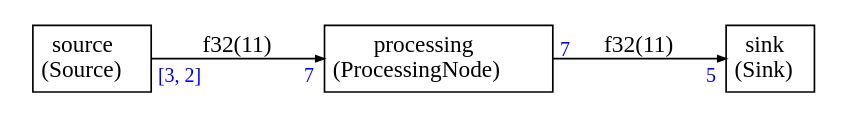
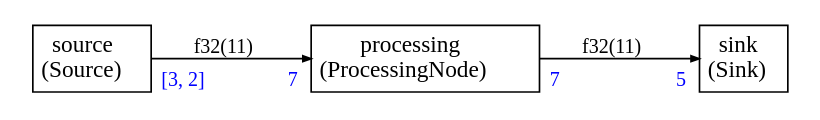
Before and after one commit to ARM-software/CMSIS-Stream: the diagram in Examples/cyclo/cyclo.dot, drawn with Graphviz. The commit also changed 200 other files, not shown here.

First line of the commit message:
Preliminary work on graph styling

```diff
--- a/Examples/cyclo/cyclo.dot
+++ b/Examples/cyclo/cyclo.dot
@@ -1,48 +1,48 @@
 
 
 
 
 digraph structs {
-    node [shape=plaintext]
+    bgcolor = "white"
+    node [shape=plaintext,color="black",fontcolor="black",fontname="Times-Roman"]
     rankdir=LR
-    edge [arrowsize=0.5]
-    fontname="times"
+    edge [arrowsize="0.5",color="black",fontcolor="black",fontname="Times-Roman"]
 
 
 processing [label=<
-<TABLE BORDER="0" CELLBORDER="1" CELLSPACING="0" CELLPADDING="4">
+<TABLE color="black" bgcolor="none" BORDER="0" CELLBORDER="1" CELLSPACING="0" CELLPADDING="4">
   <TR>
-    <TD ALIGN="CENTER" PORT="i">processing<BR/>(ProcessingNode)</TD>
+    <TD ALIGN="CENTER" PORT="i"><FONT COLOR="black" POINT-SIZE="14.0">processing<BR/>(ProcessingNode)</FONT></TD>
   </TR>
 </TABLE>>];
 
 sink [label=<
-<TABLE BORDER="0" CELLBORDER="1" CELLSPACING="0" CELLPADDING="4">
+<TABLE color="black" bgcolor="none" BORDER="0" CELLBORDER="1" CELLSPACING="0" CELLPADDING="4">
   <TR>
-    <TD ALIGN="CENTER" PORT="i">sink<BR/>(Sink)</TD>
+    <TD ALIGN="CENTER" PORT="i"><FONT COLOR="black" POINT-SIZE="14.0">sink<BR/>(Sink)</FONT></TD>
   </TR>
 </TABLE>>];
 
 source [label=<
-<TABLE BORDER="0" CELLBORDER="1" CELLSPACING="0" CELLPADDING="4">
+<TABLE color="black" bgcolor="none" BORDER="0" CELLBORDER="1" CELLSPACING="0" CELLPADDING="4">
   <TR>
-    <TD ALIGN="CENTER" PORT="i">source<BR/>(Source)</TD>
+    <TD ALIGN="CENTER" PORT="i"><FONT COLOR="black" POINT-SIZE="14.0">source<BR/>(Source)</FONT></TD>
   </TR>
 </TABLE>>];
 
 
 
-source:i -> processing:i [label="f32(11)"
-,headlabel=<<TABLE BORDER="0" CELLPADDING="2"><TR><TD><FONT COLOR="blue" POINT-SIZE="12.0" >7</FONT>
+source:i -> processing:i [style="solid",color="black",fontsize="12.0",fontcolor="black",label=<f32(11)>
+,headlabel=<<TABLE BORDER="0" CELLPADDING="4"><TR><TD><FONT COLOR="blue" POINT-SIZE="12.0" >7</FONT>
 </TD></TR></TABLE>>
-,taillabel=<<TABLE BORDER="0" CELLPADDING="2"><TR><TD><FONT COLOR="blue" POINT-SIZE="12.0" >[3, 2]</FONT>
+,taillabel=<<TABLE BORDER="0" CELLPADDING="4"><TR><TD><FONT COLOR="blue" POINT-SIZE="12.0" >[3, 2]</FONT>
 </TD></TR></TABLE>>]
 
-processing:i -> sink:i [label="f32(11)"
-,headlabel=<<TABLE BORDER="0" CELLPADDING="2"><TR><TD><FONT COLOR="blue" POINT-SIZE="12.0" >5</FONT>
+processing:i -> sink:i [style="solid",color="black",fontsize="12.0",fontcolor="black",label=<f32(11)>
+,headlabel=<<TABLE BORDER="0" CELLPADDING="4"><TR><TD><FONT COLOR="blue" POINT-SIZE="12.0" >5</FONT>
 </TD></TR></TABLE>>
-,taillabel=<<TABLE BORDER="0" CELLPADDING="2"><TR><TD><FONT COLOR="blue" POINT-SIZE="12.0" >7</FONT>
+,taillabel=<<TABLE BORDER="0" CELLPADDING="4"><TR><TD><FONT COLOR="blue" POINT-SIZE="12.0" >7</FONT>
 </TD></TR></TABLE>>]
 
 
 }
```
